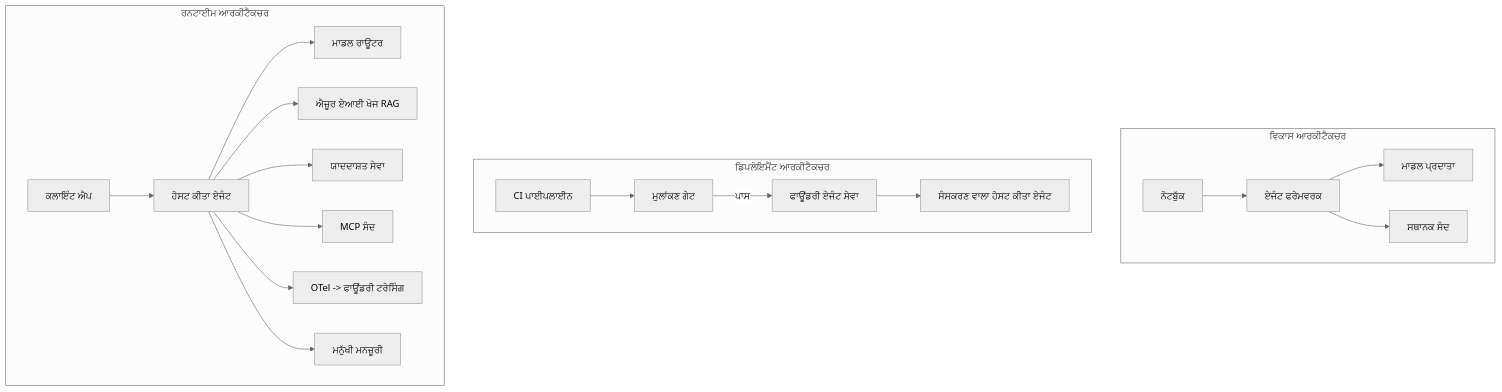
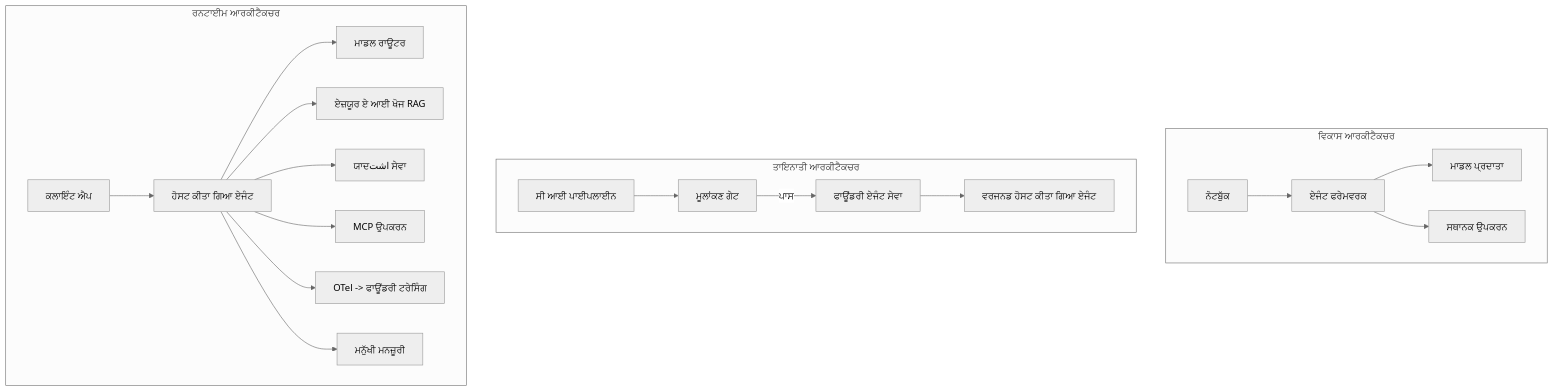
One commit to gabrielmoreira/agent-skills-mirror changed the fourth of 4 diagrams in mirrors/repos/microsoft@ai-agents-for-beginners/translations/pa/16-deploying-scalable-agents/README.md. Above: the diagram before and after it, drawn with Mermaid (neutral theme). The commit also changed other lines of this file and 4262 other files, not shown here.

````diff
--- a/mirrors/repos/microsoft@ai-agents-for-beginners/translations/pa/16-deploying-scalable-agents/README.md
+++ b/mirrors/repos/microsoft@ai-agents-for-beginners/translations/pa/16-deploying-scalable-agents/README.md
@@ -185,22 +185,22 @@
 ```mermaid
 flowchart TB
     subgraph Dev[ਵਿਕਾਸ ਆਰਕੀਟੈਕਚਰ]
         D1[ਨੋਟਬੁੱਕ] --> D2[ਏਜੰਟ ਫਰੇਮਵਰਕ]
         D2 --> D3[ਮਾਡਲ ਪ੍ਰਦਾਤਾ]
-        D2 --> D4[ਸਥਾਨਕ ਸੰਦ]
+        D2 --> D4[ਸਥਾਨਕ ਉਪਕਰਨ]
     end
-    subgraph Deploy[ਡਿਪਲੋਇਮੈਂਟ ਆਰਕੀਟੈਕਚਰ]
-        E1[CI ਪਾਈਪਲਾਈਨ] --> E2[ਮੁਲਾਂਕਣ ਗੇਟ]
+    subgraph Deploy[ਤਾਇਨਾਤੀ ਆਰਕੀਟੈਕਚਰ]
+        E1[ਸੀ ਆਈ ਪਾਈਪਲਾਈਨ] --> E2[ਮੂਲਾਂਕਣ ਗੇਟ]
         E2 -->|ਪਾਸ| E3[ਫਾਊਂਡਰੀ ਏਜੰਟ ਸੇਵਾ]
-        E3 --> E4[ਸੰਸਕਰਣ ਵਾਲਾ ਹੋਸਟ ਕੀਤਾ ਏਜੰਟ]
+        E3 --> E4[ਵਰਜਨਡ ਹੋਸਟ ਕੀਤਾ ਗਿਆ ਏਜੰਟ]
     end
     subgraph Run[ਰਨਟਾਈਮ ਆਰਕੀਟੈਕਚਰ]
-        F1[ਕਲਾਇੰਟ ਐਪ] --> F2[ਹੋਸਟ ਕੀਤਾ ਏਜੰਟ]
+        F1[ਕਲਾਇੰਟ ਐਪ] --> F2[ਹੋਸਟ ਕੀਤਾ ਗਿਆ ਏਜੰਟ]
         F2 --> F3[ਮਾਡਲ ਰਾਊਟਰ]
-        F2 --> F4[ਐਜ਼ੂਰ ਏਆਈ ਖੋਜ RAG]
-        F2 --> F5[ਯਾਦਦਾਸ਼ਤ ਸੇਵਾ]
-        F2 --> F6[MCP ਸੰਦ]
+        F2 --> F4[ਏਜ਼ਯੂਰ ਏ ਆਈ ਖੋਜ RAG]
+        F2 --> F5[ਯਾਦاشت ਸੇਵਾ]
+        F2 --> F6[MCP ਉਪਕਰਨ]
         F2 --> F7[OTel -> ਫਾਊਂਡਰੀ ਟਰੇਸਿੰਗ]
         F2 --> F8[ਮਨੁੱਖੀ ਮਨਜ਼ੂਰੀ]
     end
 ```
````
